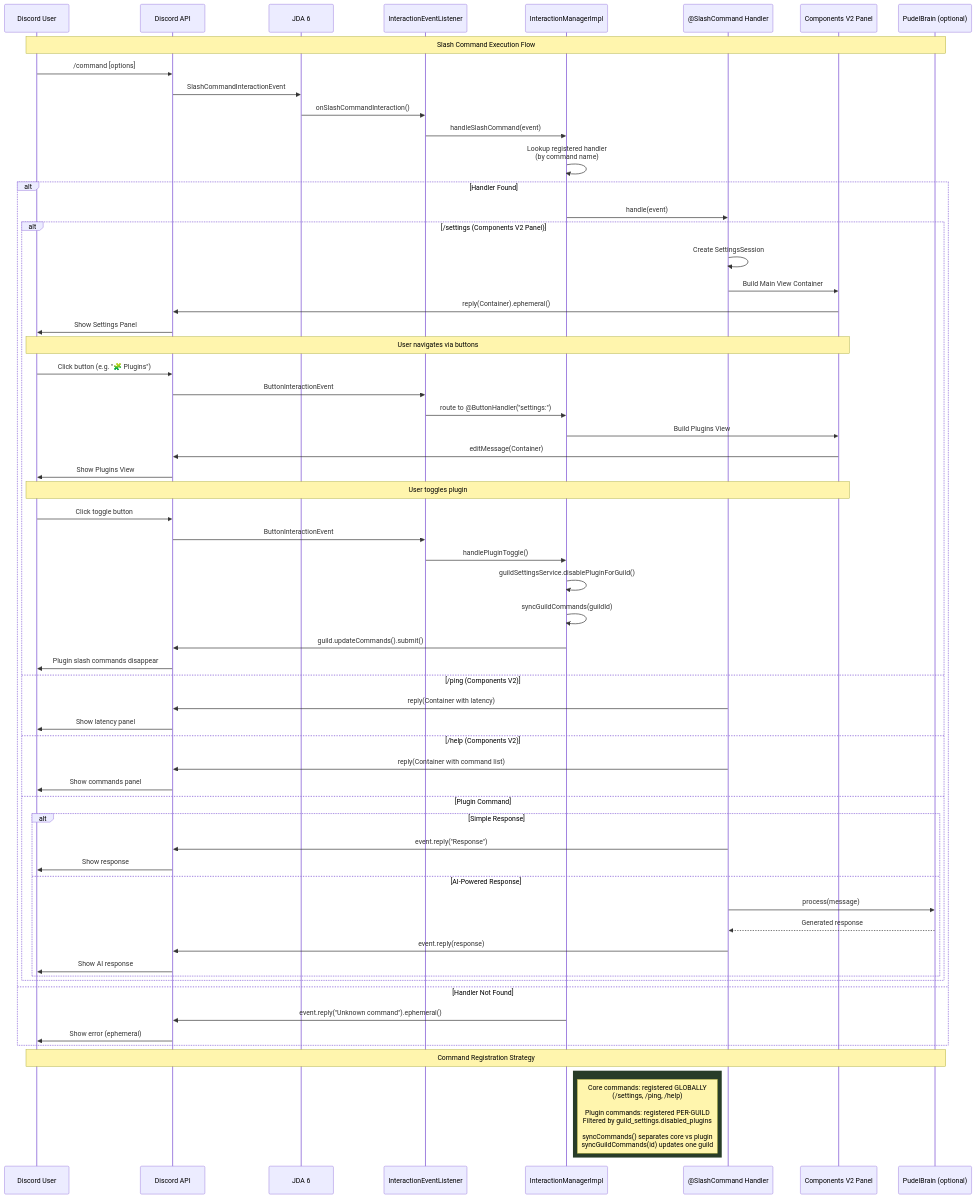
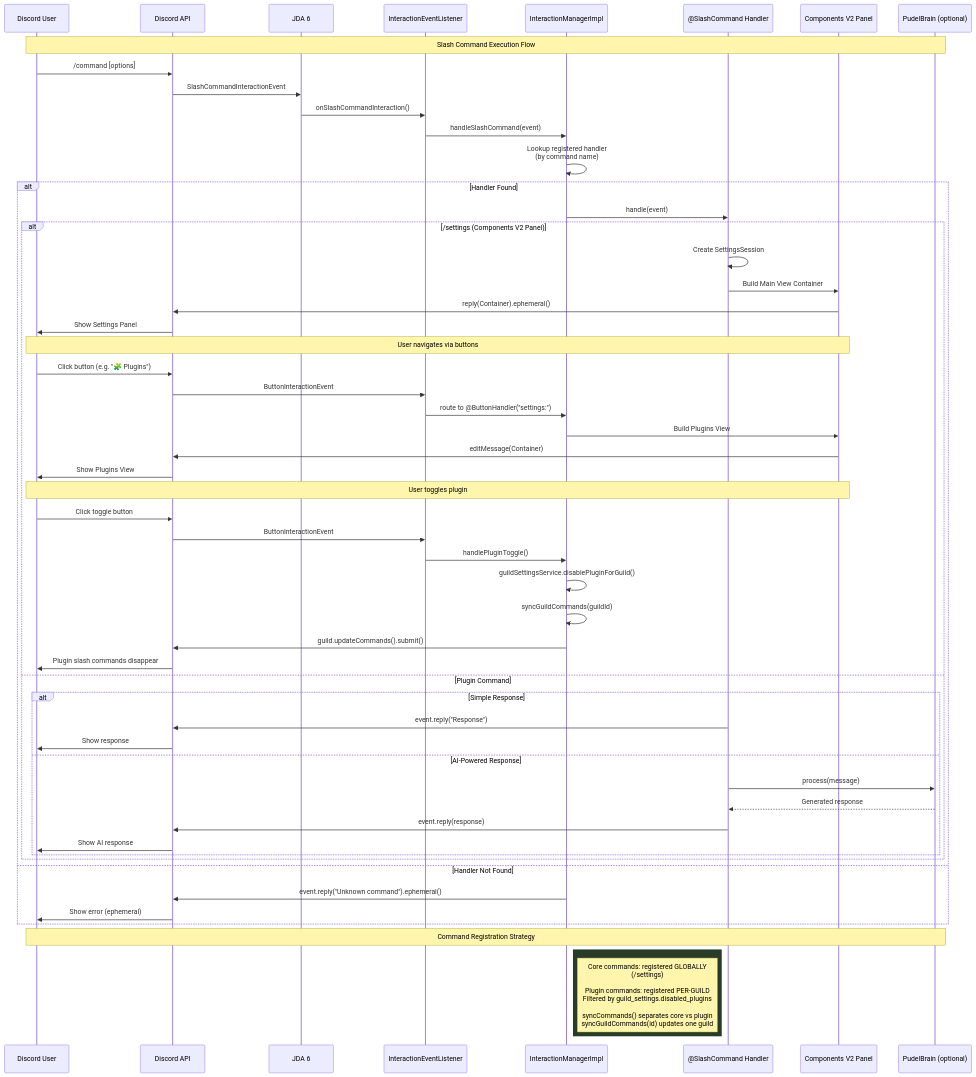
Before and after one commit to Zazalng/Pudel-Spring-Boot: the diagram in docs/flowchart/architecture/SlashCommandFlow.mermaid, drawn with Mermaid. The commit also changed 16 other files, not shown here.

Commit message:
- Update Dependency version  - Link Docker cli to push Pudel  - compose down may result to lost data, restart may not apply new configuration  - JWT error more specific messages  - Remove /ping & /help which no longer exist

```diff
--- a/docs/flowchart/architecture/SlashCommandFlow.mermaid
+++ b/docs/flowchart/architecture/SlashCommandFlow.mermaid
@@ -1,77 +1,69 @@
-%% Pudel Slash Command Flow v2.1.1
+%% Pudel Slash Command Flow v2.2.1
 %% Two-Tier Sync + Components V2 Settings Panel
 
 sequenceDiagram
     participant User as Discord User
     participant Discord as Discord API
     participant JDA as JDA 6
     participant Listener as InteractionEventListener
     participant Manager as InteractionManagerImpl
     participant Handler as @SlashCommand Handler
     participant CV2 as Components V2 Panel
     participant Brain as PudelBrain (optional)
 
     Note over User,Brain: Slash Command Execution Flow
 
     User->>Discord: /command [options]
     Discord->>JDA: SlashCommandInteractionEvent
     JDA->>Listener: onSlashCommandInteraction()
 
     Listener->>Manager: handleSlashCommand(event)
     Manager->>Manager: Lookup registered handler<br/>(by command name)
 
     alt Handler Found
         Manager->>Handler: handle(event)
 
         alt /settings (Components V2 Panel)
             Handler->>Handler: Create SettingsSession
             Handler->>CV2: Build Main View Container
             CV2->>Discord: reply(Container).ephemeral()
             Discord->>User: Show Settings Panel
 
             Note over User,CV2: User navigates via buttons
             User->>Discord: Click button (e.g. "🧩 Plugins")
             Discord->>Listener: ButtonInteractionEvent
             Listener->>Manager: route to @ButtonHandler("settings:")
             Manager->>CV2: Build Plugins View
             CV2->>Discord: editMessage(Container)
             Discord->>User: Show Plugins View
 
             Note over User,CV2: User toggles plugin
             User->>Discord: Click toggle button
             Discord->>Listener: ButtonInteractionEvent
             Listener->>Manager: handlePluginToggle()
             Manager->>Manager: guildSettingsService.disablePluginForGuild()
             Manager->>Manager: syncGuildCommands(guildId)
             Manager->>Discord: guild.updateCommands().submit()
             Discord->>User: Plugin slash commands disappear
 
-        else /ping (Components V2)
-            Handler->>Discord: reply(Container with latency)
-            Discord->>User: Show latency panel
-
-        else /help (Components V2)
-            Handler->>Discord: reply(Container with command list)
-            Discord->>User: Show commands panel
-
         else Plugin Command
             alt Simple Response
                 Handler->>Discord: event.reply("Response")
                 Discord->>User: Show response
             else AI-Powered Response
                 Handler->>Brain: process(message)
                 Brain-->>Handler: Generated response
                 Handler->>Discord: event.reply(response)
                 Discord->>User: Show AI response
             end
         end
     else Handler Not Found
         Manager->>Discord: event.reply("Unknown command").ephemeral()
         Discord->>User: Show error (ephemeral)
     end
 
     Note over User,Brain: Command Registration Strategy
 
     rect rgb(40, 60, 40)
-        Note right of Manager: Core commands: registered GLOBALLY<br/>(/settings, /ping, /help)<br/><br/>Plugin commands: registered PER-GUILD<br/>Filtered by guild_settings.disabled_plugins<br/><br/>syncCommands() separates core vs plugin<br/>syncGuildCommands(id) updates one guild
+        Note right of Manager: Core commands: registered GLOBALLY<br/>(/settings)<br/><br/>Plugin commands: registered PER-GUILD<br/>Filtered by guild_settings.disabled_plugins<br/><br/>syncCommands() separates core vs plugin<br/>syncGuildCommands(id) updates one guild
     end
```
